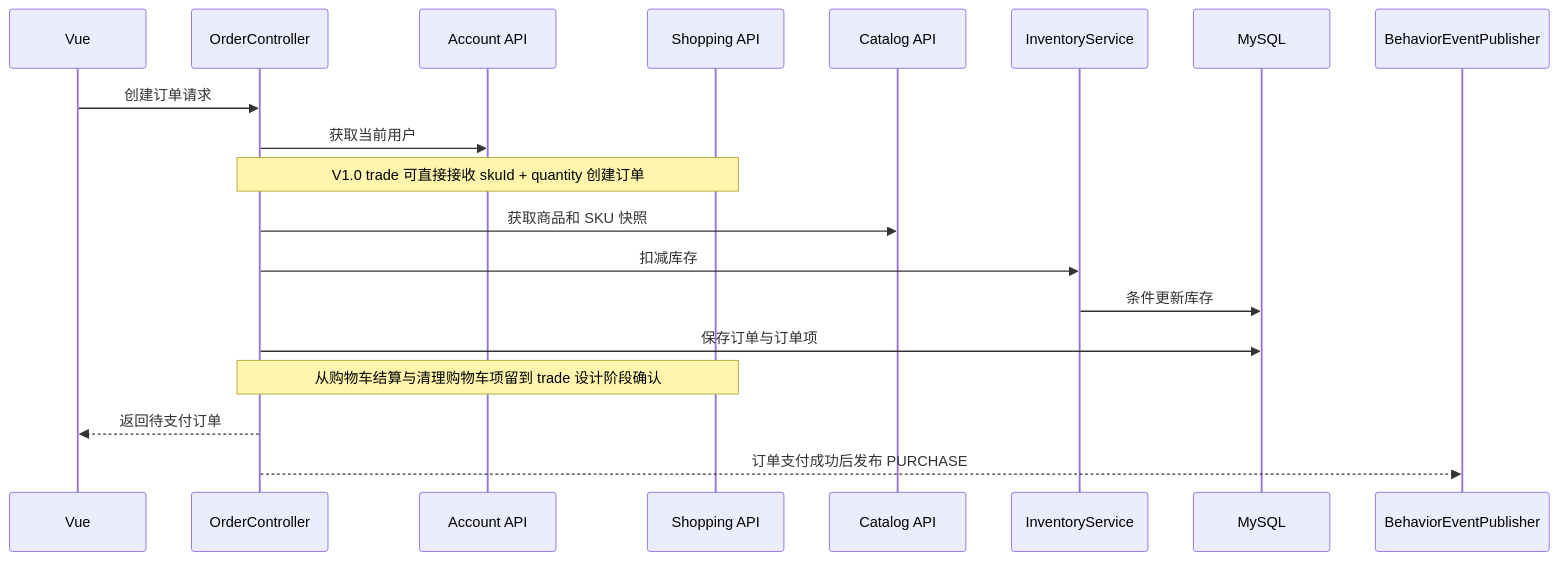
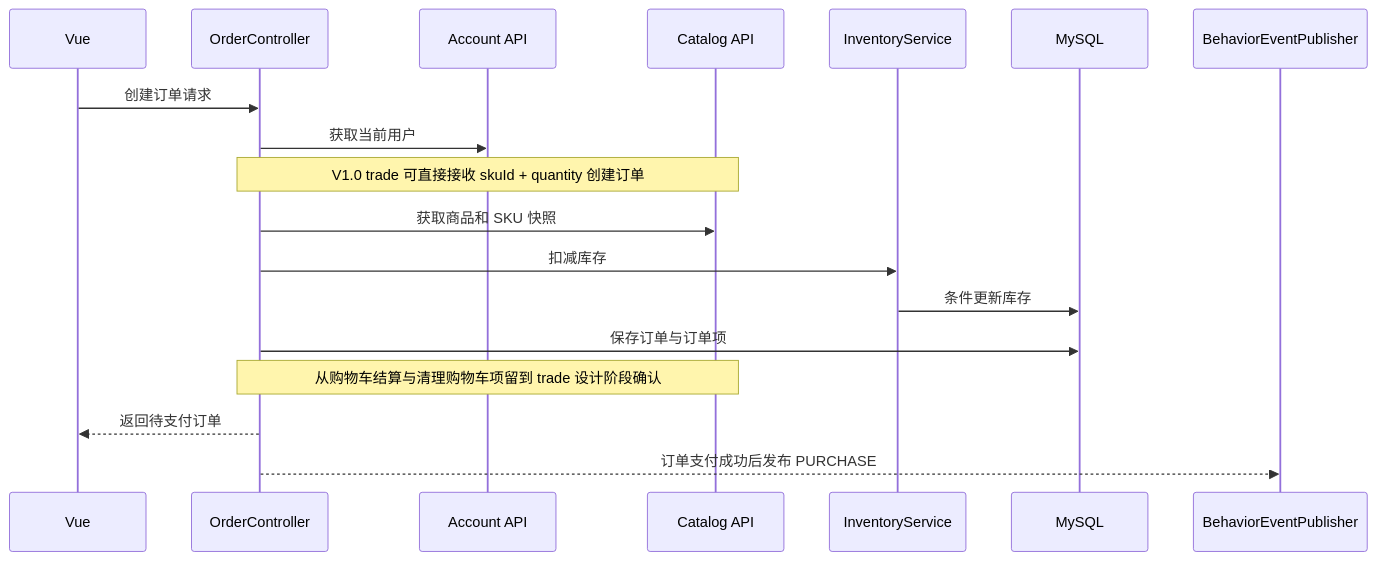
Before and after one commit to XMU-Linjer/persona-flow-commerce: the tenth of 15 diagrams in docs/v1.0-architecture.md, drawn with Mermaid. The commit also changed other lines of this file and 2 other files, not shown here.

Commit message:
同步 shopping 模块实现文档

````diff
--- a/docs/v1.0-architecture.md
+++ b/docs/v1.0-architecture.md
@@ -818,22 +821,21 @@
 ```mermaid
 sequenceDiagram
     participant Web as Vue
     participant Order as OrderController
     participant Account as Account API
-    participant Shopping as Shopping API
     participant Catalog as Catalog API
     participant Inventory as InventoryService
     participant DB as MySQL
     participant Event as BehaviorEventPublisher
 
     Web->>Order: 创建订单请求
     Order->>Account: 获取当前用户
-    Note over Order,Shopping: V1.0 trade 可直接接收 skuId + quantity 创建订单
+    Note over Order,Catalog: V1.0 trade 可直接接收 skuId + quantity 创建订单
     Order->>Catalog: 获取商品和 SKU 快照
     Order->>Inventory: 扣减库存
     Inventory->>DB: 条件更新库存
     Order->>DB: 保存订单与订单项
-    Note over Order,Shopping: 从购物车结算与清理购物车项留到 trade 设计阶段确认
+    Note over Order,Catalog: 从购物车结算与清理购物车项留到 trade 设计阶段确认
     Order-->>Web: 返回待支付订单
     Order-->>Event: 订单支付成功后发布 PURCHASE
 ```
````
